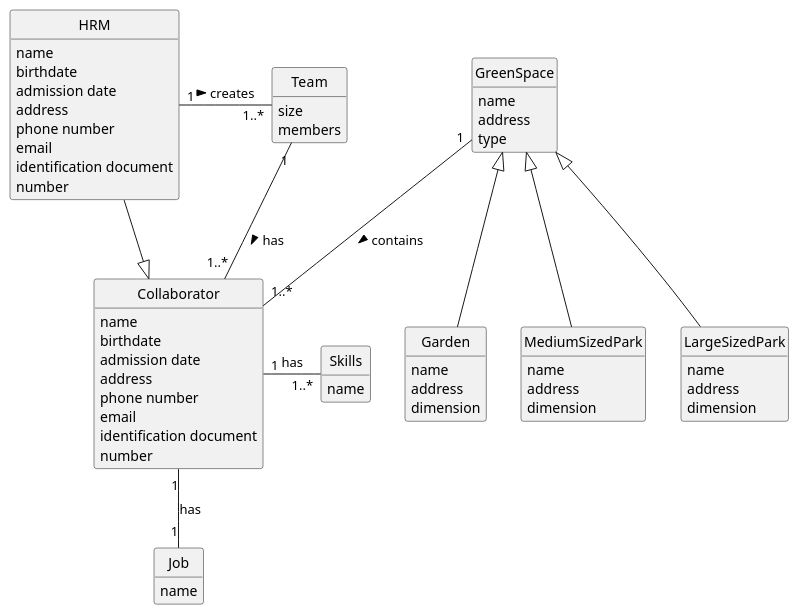
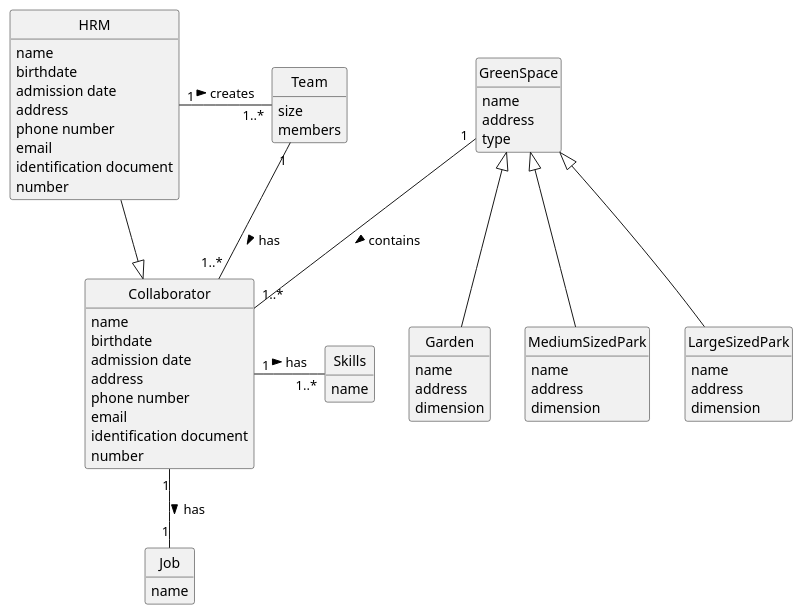
Before and after one commit to diogoveirospro/lei-24-s2-1dg-g072: the diagram in docs/sprintA/us005/02.analysis/puml/us005-domain-model.puml, drawn with PlantUML. The commit also changed 7 other files, not shown here.

```diff
--- a/docs/sprintA/us005/02.analysis/puml/us005-domain-model.puml
+++ b/docs/sprintA/us005/02.analysis/puml/us005-domain-model.puml
@@ -1,90 +1,90 @@
 @startuml
 skinparam monochrome true
 skinparam packageStyle rectangle
 skinparam shadowing false
 
 'left to right direction
 
 skinparam classAttributeIconSize 0
 
 hide circle
 hide methods
 
 'title Domain Model
 
 'class Platform {
 '  -description
 '}
 
 class HRM {
      name
      birthdate
      admission date
      address
      phone number
      email
      identification document
      number
  }
 
 class Team {
     size
     members
 
 }
 
 class Collaborator {
     name
     birthdate
     admission date
     address
     phone number
     email
     identification document
     number
 }
 
 class Skills {
     name
 }
 
 class Job {
     name
 }
 
 class GreenSpace {
     name
     address
     type
 }
 
 class Garden {
     name
     address
     dimension
 }
 
 class MediumSizedPark {
     name
     address
     dimension
 }
 
 class LargeSizedPark {
     name
     address
     dimension
 }
 
 
 HRM "1" - "1..*" Team : creates >
 Collaborator <|-- HRM
-Collaborator "1" - "1..*" Skills: has
-Collaborator "1" -- "1" Job: has
+Collaborator "1" - "1..*" Skills: has >
+Collaborator "1" -- "1" Job: has >
 Team "1" -- "1..*" Collaborator: has >
 GreenSpace "1" -- "1..*" Collaborator: contains >
 GreenSpace <|-- Garden
 GreenSpace <|-- MediumSizedPark
 GreenSpace <|-- LargeSizedPark
 
 @enduml
```
